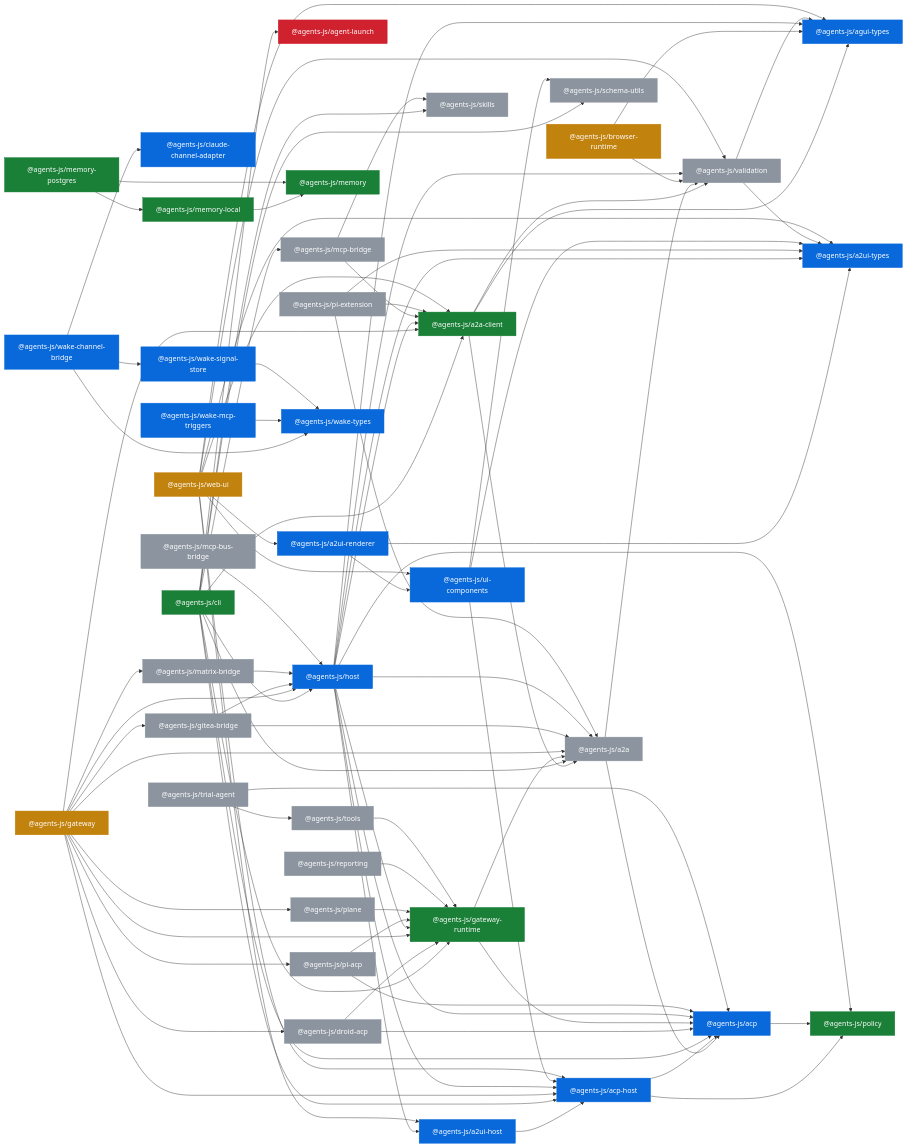
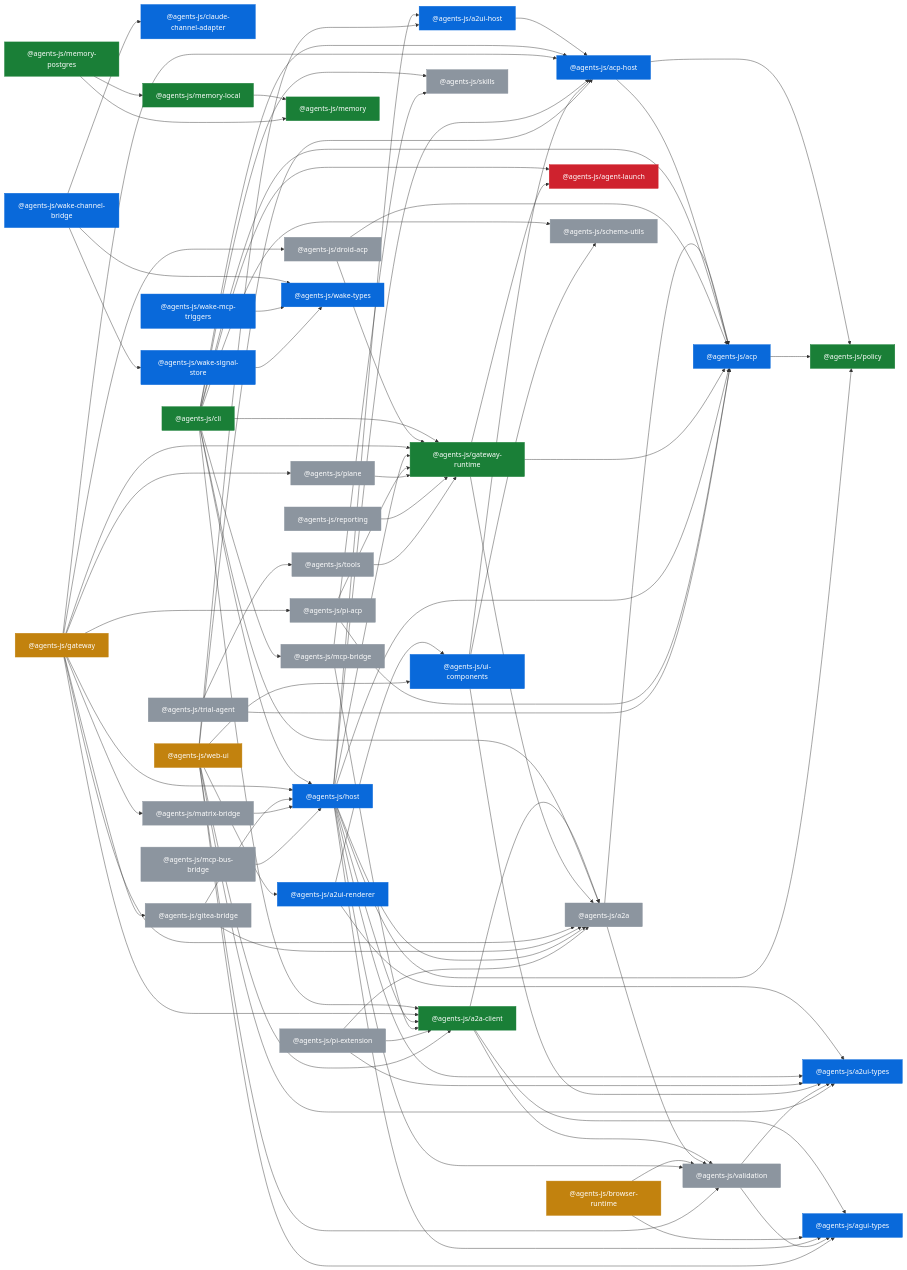
One commit to jensbodal/agents-js changed the diagram in docs/_generated/capability-graph.md. Above: the diagram before and after it, drawn with Mermaid. The commit also changed 16 other files, not shown here.

First line of the commit message:
feat(agent-launch): derive standalone launch provider creds from a shared registry

```diff
--- a/docs/_generated/capability-graph.md
+++ b/docs/_generated/capability-graph.md
@@ -74,6 +74,7 @@
   droid_acp --> gateway_runtime
   gateway_runtime --> a2a
   gateway_runtime --> acp
+  gateway_runtime --> agent_launch
   gateway --> a2a
   gateway --> a2a_client
   gateway --> acp_host
```
